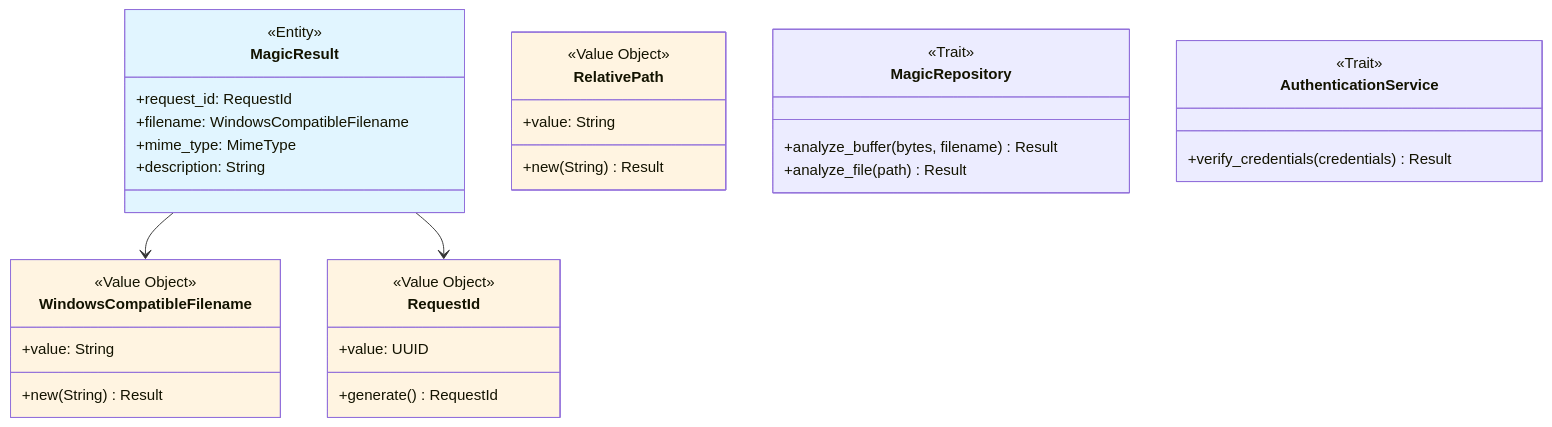
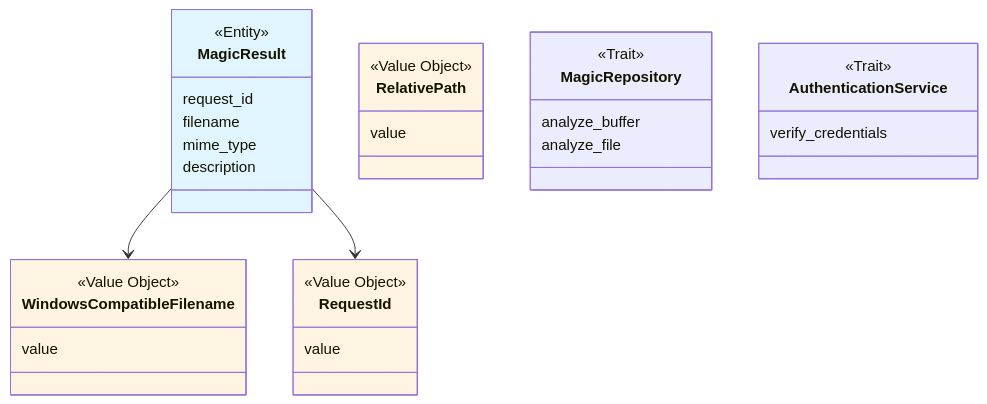
One commit to photom/magicer changed the third of 54 diagrams in docs/explanation/ARCHITECTURE.md. Above: the diagram before and after it, drawn with Mermaid. The commit also changed other lines of this file and 4 other files, not shown here.

````diff
--- a/docs/explanation/ARCHITECTURE.md
+++ b/docs/explanation/ARCHITECTURE.md
@@ -316,47 +316,44 @@
 ```mermaid
 classDiagram
     class MagicResult {
         <<Entity>>
-        +request_id: RequestId
-        +filename: WindowsCompatibleFilename
-        +mime_type: MimeType
-        +description: String
+        request_id
+        filename
+        mime_type
+        description
     }
     
     class WindowsCompatibleFilename {
         <<Value Object>>
-        +value: String
-        +new(String) Result
+        value
     }
     
     class RelativePath {
         <<Value Object>>
-        +value: String
-        +new(String) Result
+        value
     }
     
     class RequestId {
         <<Value Object>>
-        +value: UUID
-        +generate() RequestId
+        value
     }
     
     class MagicRepository {
         <<Trait>>
-        +analyze_buffer(bytes, filename) Result
-        +analyze_file(path) Result
+        analyze_buffer
+        analyze_file
     }
     
     class AuthenticationService {
         <<Trait>>
-        +verify_credentials(credentials) Result
+        verify_credentials
     }
     
     MagicResult --> WindowsCompatibleFilename
     MagicResult --> RequestId
     
     style MagicResult fill:#e1f5ff
     style WindowsCompatibleFilename fill:#fff4e1
     style RelativePath fill:#fff4e1
     style RequestId fill:#fff4e1
 ```
````
